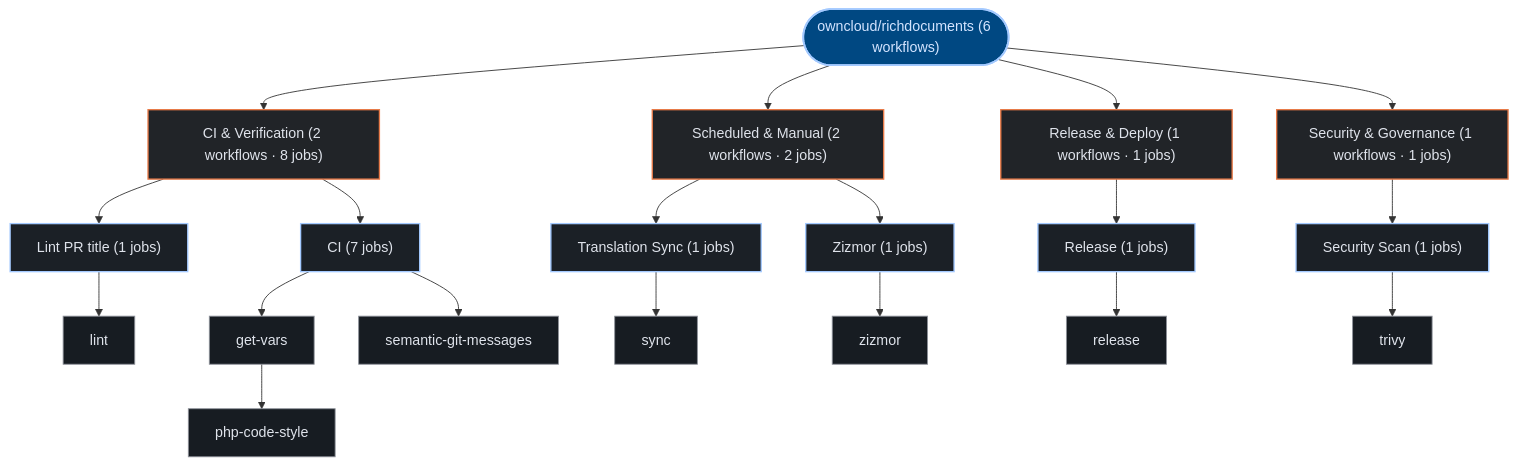
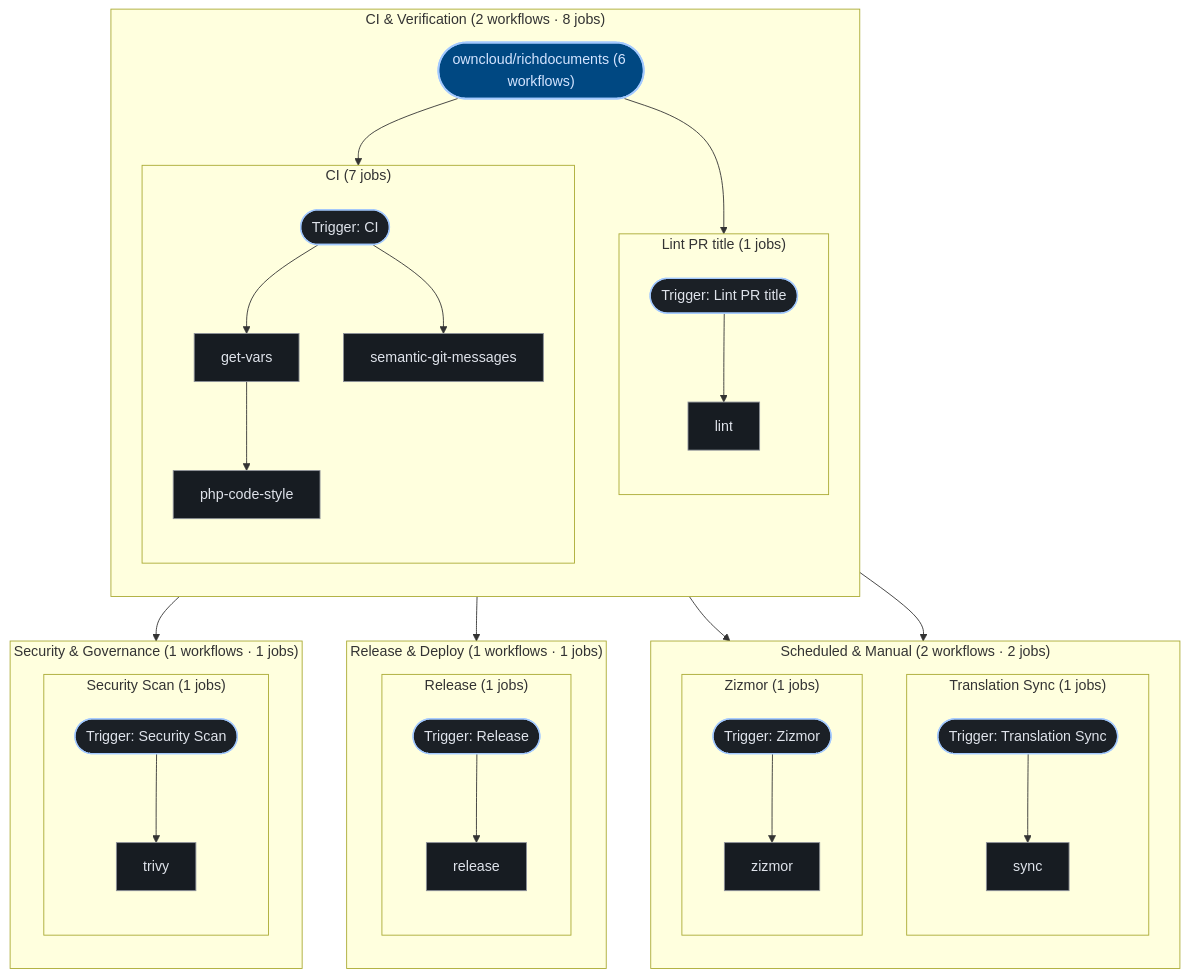
Before and after one commit to kumarshaz/atruss-code-atlas: the second of 2 diagrams in exports/latest/reports/owncloud-richdocuments-report.md, drawn with Mermaid. The commit also changed 181 other files, not shown here.

````diff
--- a/exports/latest/reports/owncloud-richdocuments-report.md
+++ b/exports/latest/reports/owncloud-richdocuments-report.md
@@ -182,47 +182,69 @@
 ```mermaid
 graph TD;
   classDef atlasRoot fill:#004882,stroke:#a3c9ff,stroke-width:2px,color:#d3e4ff
   classDef atlasCategory fill:#212428,stroke:#E87A48,stroke-width:1.5px,color:#dfe3eb
   classDef atlasWorkflow fill:#1b2026,stroke:#a3c9ff,stroke-width:1.5px,color:#dfe3eb
   classDef atlasJob fill:#171c22,stroke:#8d9199,stroke-width:1px,color:#dfe3eb
   classDef atlasTarget fill:#005227,stroke:#8bd99b,stroke-width:1.5px,color:#a7f6b6
   classDef atlasAlert fill:#93000a,stroke:#ffb4ab,stroke-width:1.5px,color:#ffdad6
   classDef atlasMore fill:#252a31,stroke:#8d9199,stroke-dasharray:4 4,color:#c3c6cf
   pipeline_root(["owncloud/richdocuments (6 workflows)"]):::atlasRoot
-  grp_0_CI___Verification["CI & Verification (2 workflows · 8 jobs)"]:::atlasCategory
-  pipeline_root --> grp_0_CI___Verification
-  wf_0_Lint_PR_title["Lint PR title (1 jobs)"]:::atlasWorkflow
-  grp_0_CI___Verification --> wf_0_Lint_PR_title
-  job_0_lint["lint"]:::atlasJob
-  wf_0_Lint_PR_title --> job_0_lint
-  wf_1_CI["CI (7 jobs)"]:::atlasWorkflow
-  grp_0_CI___Verification --> wf_1_CI
-  job_1_get_vars["get-vars"]:::atlasJob
-  job_1_semantic_git_messages["semantic-git-messages"]:::atlasJob
-  job_1_php_code_style["php-code-style"]:::atlasJob
-  wf_1_CI --> job_1_get_vars
-  wf_1_CI --> job_1_semantic_git_messages
-  job_1_get_vars --> job_1_php_code_style
-  grp_1_Scheduled___Manual["Scheduled & Manual (2 workflows · 2 jobs)"]:::atlasCategory
-  pipeline_root --> grp_1_Scheduled___Manual
-  wf_4_Translation_Sync["Translation Sync (1 jobs)"]:::atlasWorkflow
-  grp_1_Scheduled___Manual --> wf_4_Translation_Sync
-  job_4_sync["sync"]:::atlasJob
-  wf_4_Translation_Sync --> job_4_sync
-  wf_5_Zizmor["Zizmor (1 jobs)"]:::atlasWorkflow
-  grp_1_Scheduled___Manual --> wf_5_Zizmor
-  job_5_zizmor["zizmor"]:::atlasJob
-  wf_5_Zizmor --> job_5_zizmor
-  grp_2_Release___Deploy["Release & Deploy (1 workflows · 1 jobs)"]:::atlasCategory
-  pipeline_root --> grp_2_Release___Deploy
-  wf_2_Release["Release (1 jobs)"]:::atlasWorkflow
-  grp_2_Release___Deploy --> wf_2_Release
-  job_2_release["release"]:::atlasJob
-  wf_2_Release --> job_2_release
-  grp_3_Security___Governance["Security & Governance (1 workflows · 1 jobs)"]:::atlasCategory
-  pipeline_root --> grp_3_Security___Governance
-  wf_3_Security_Scan["Security Scan (1 jobs)"]:::atlasWorkflow
-  grp_3_Security___Governance --> wf_3_Security_Scan
-  job_3_trivy["trivy"]:::atlasJob
-  wf_3_Security_Scan --> job_3_trivy
+  subgraph sg_grp_0_CI___Verification["CI & Verification (2 workflows · 8 jobs)"]
+    direction TB
+    subgraph sg_wf_0_Lint_PR_title["Lint PR title (1 jobs)"]
+      direction TB
+      wf_0_Lint_PR_title(["Trigger: Lint PR title"]):::atlasWorkflow
+      job_0_lint["lint"]:::atlasJob
+      wf_0_Lint_PR_title --> job_0_lint
+    end
+    pipeline_root --> wf_0_Lint_PR_title
+    subgraph sg_wf_1_CI["CI (7 jobs)"]
+      direction TB
+      wf_1_CI(["Trigger: CI"]):::atlasWorkflow
+      job_1_get_vars["get-vars"]:::atlasJob
+      job_1_semantic_git_messages["semantic-git-messages"]:::atlasJob
+      job_1_php_code_style["php-code-style"]:::atlasJob
+      wf_1_CI --> job_1_get_vars
+      wf_1_CI --> job_1_semantic_git_messages
+      job_1_get_vars --> job_1_php_code_style
+    end
+    pipeline_root --> wf_1_CI
+  end
+  subgraph sg_grp_1_Scheduled___Manual["Scheduled & Manual (2 workflows · 2 jobs)"]
+    direction TB
+    subgraph sg_wf_4_Translation_Sync["Translation Sync (1 jobs)"]
+      direction TB
+      wf_4_Translation_Sync(["Trigger: Translation Sync"]):::atlasWorkflow
+      job_4_sync["sync"]:::atlasJob
+      wf_4_Translation_Sync --> job_4_sync
+    end
+    pipeline_root --> wf_4_Translation_Sync
+    subgraph sg_wf_5_Zizmor["Zizmor (1 jobs)"]
+      direction TB
+      wf_5_Zizmor(["Trigger: Zizmor"]):::atlasWorkflow
+      job_5_zizmor["zizmor"]:::atlasJob
+      wf_5_Zizmor --> job_5_zizmor
+    end
+    pipeline_root --> wf_5_Zizmor
+  end
+  subgraph sg_grp_2_Release___Deploy["Release & Deploy (1 workflows · 1 jobs)"]
+    direction TB
+    subgraph sg_wf_2_Release["Release (1 jobs)"]
+      direction TB
+      wf_2_Release(["Trigger: Release"]):::atlasWorkflow
+      job_2_release["release"]:::atlasJob
+      wf_2_Release --> job_2_release
+    end
+    pipeline_root --> wf_2_Release
+  end
+  subgraph sg_grp_3_Security___Governance["Security & Governance (1 workflows · 1 jobs)"]
+    direction TB
+    subgraph sg_wf_3_Security_Scan["Security Scan (1 jobs)"]
+      direction TB
+      wf_3_Security_Scan(["Trigger: Security Scan"]):::atlasWorkflow
+      job_3_trivy["trivy"]:::atlasJob
+      wf_3_Security_Scan --> job_3_trivy
+    end
+    pipeline_root --> wf_3_Security_Scan
+  end
 ```
````
